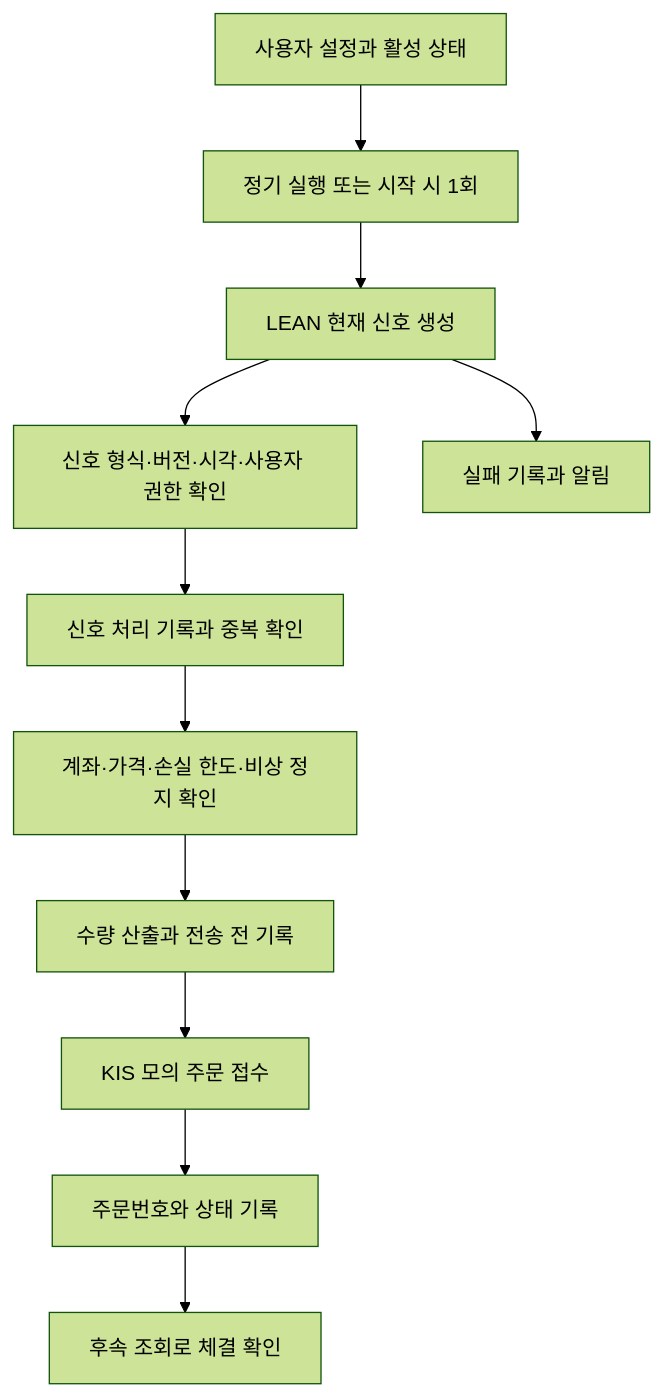
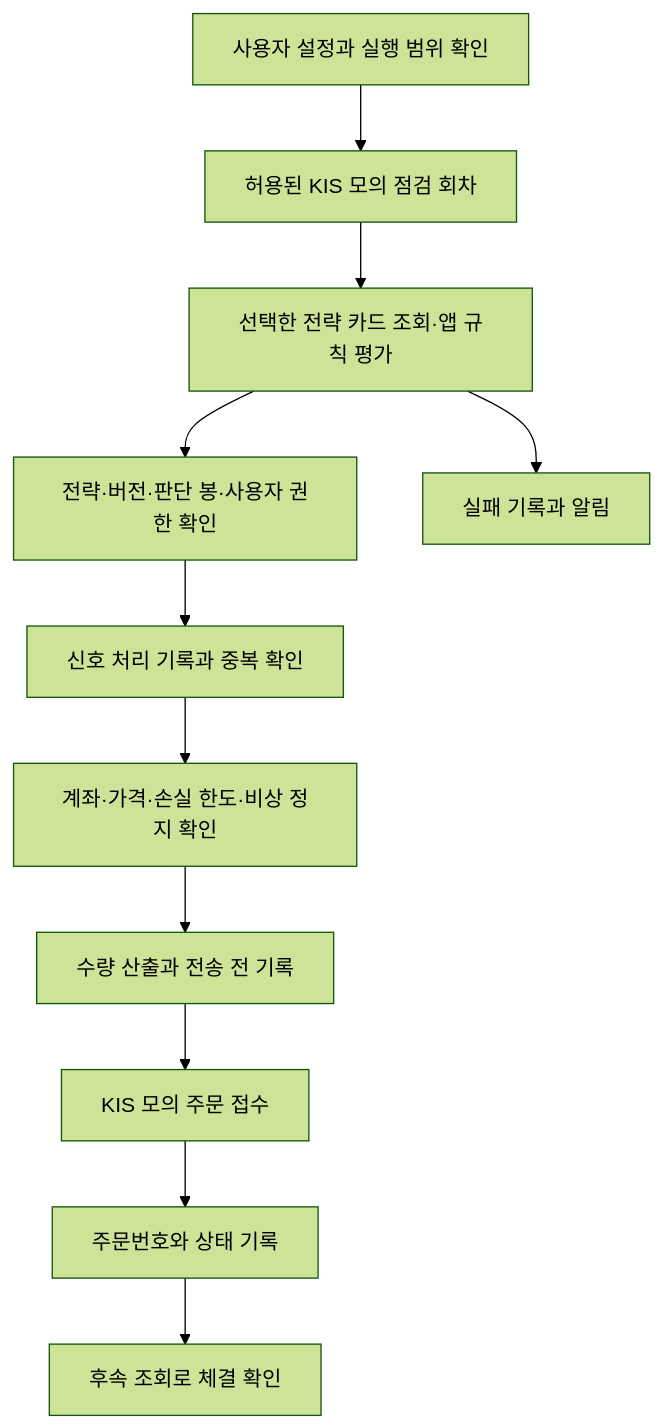
The diagram in docs/phase-3/02-design/system/증권사-연동-자동화-설계.md (EST-team-project/Qurious), drawn with Mermaid (forest theme) before and after one commit. The commit also changed other lines of this file and 13 other files, not shown here.

````diff
--- a/docs/phase-3/02-design/system/증권사-연동-자동화-설계.md
+++ b/docs/phase-3/02-design/system/증권사-연동-자동화-설계.md
@@ -45,13 +47,13 @@
 ```mermaid
 flowchart TD
-    A[사용자 설정과 활성 상태] --> B[정기 실행 또는 시작 시 1회]
-    B --> C[LEAN 현재 신호 생성]
-    C --> D[신호 형식·버전·시각·사용자 권한 확인]
+    A[사용자 설정과 실행 범위 확인] --> B[허용된 KIS 모의 점검 회차]
+    B --> C[선택한 전략 카드 조회·앱 규칙 평가]
+    C --> D[전략·버전·판단 봉·사용자 권한 확인]
     D --> E[신호 처리 기록과 중복 확인]
     E --> F[계좌·가격·손실 한도·비상 정지 확인]
     F --> G[수량 산출과 전송 전 기록]
     G --> H[KIS 모의 주문 접수]
     H --> I[주문번호와 상태 기록]
     I --> J[후속 조회로 체결 확인]
     C --> K[실패 기록과 알림]
 ```
````
